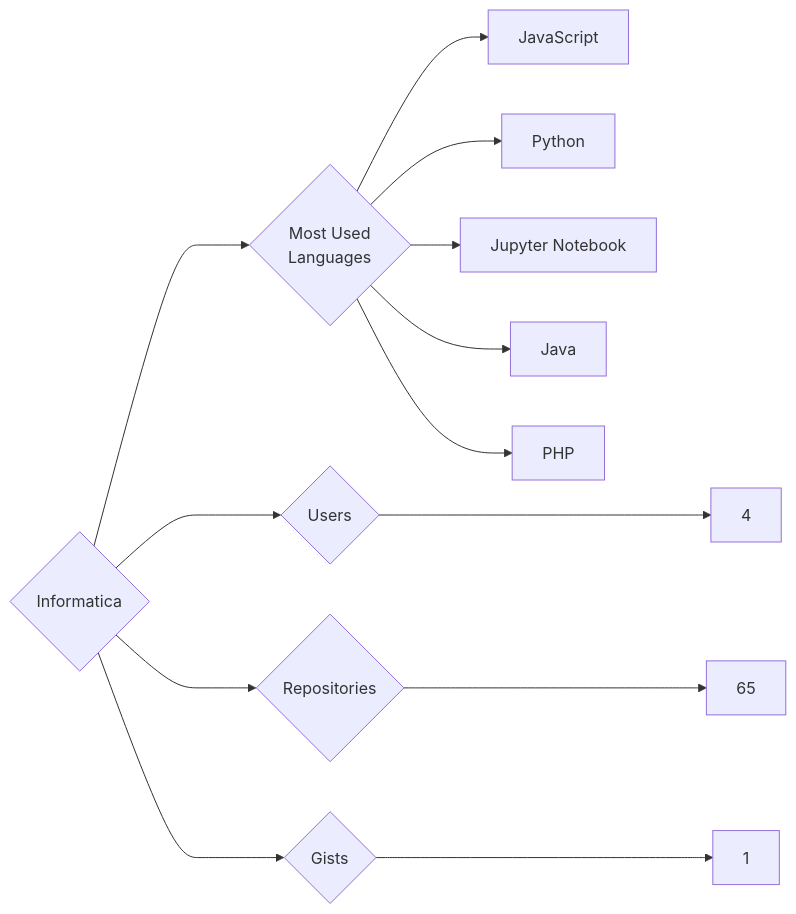
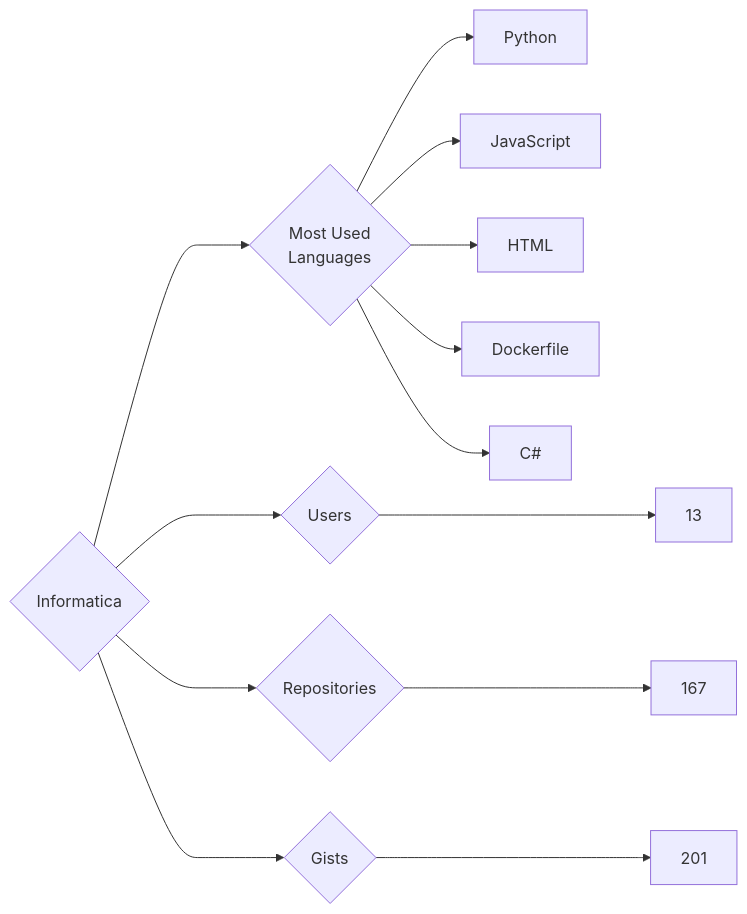
Before and after one commit to trickest/insiders: the diagram in targets/Informatica/README.md, drawn with Mermaid. The commit also changed 693 other files, not shown here.

````diff
--- a/targets/Informatica/README.md
+++ b/targets/Informatica/README.md
@@ -3,13 +3,13 @@
 ```mermaid
 graph LR
 COMPANY_NAME{Informatica}
-COMPANY_NAME ---> U{Users} ---> UN[4]
-COMPANY_NAME ---> R{Repositories} ---> RN[65]
-COMPANY_NAME ---> G{Gists} ---> GN[1]
+COMPANY_NAME ---> U{Users} ---> UN[13]
+COMPANY_NAME ---> R{Repositories} ---> RN[167]
+COMPANY_NAME ---> G{Gists} ---> GN[201]
 COMPANY_NAME ---> ML{Most Used<br>Languages}
+ML --> Python[Python]
 ML --> JavaScript[JavaScript]
-ML --> Python[Python]
-ML --> Jupyter_Notebook[Jupyter Notebook]
-ML --> Java[Java]
-ML --> PHP[PHP]
+ML --> HTML[HTML]
+ML --> Dockerfile[Dockerfile]
+ML --> C#[C#]
 ```
````
